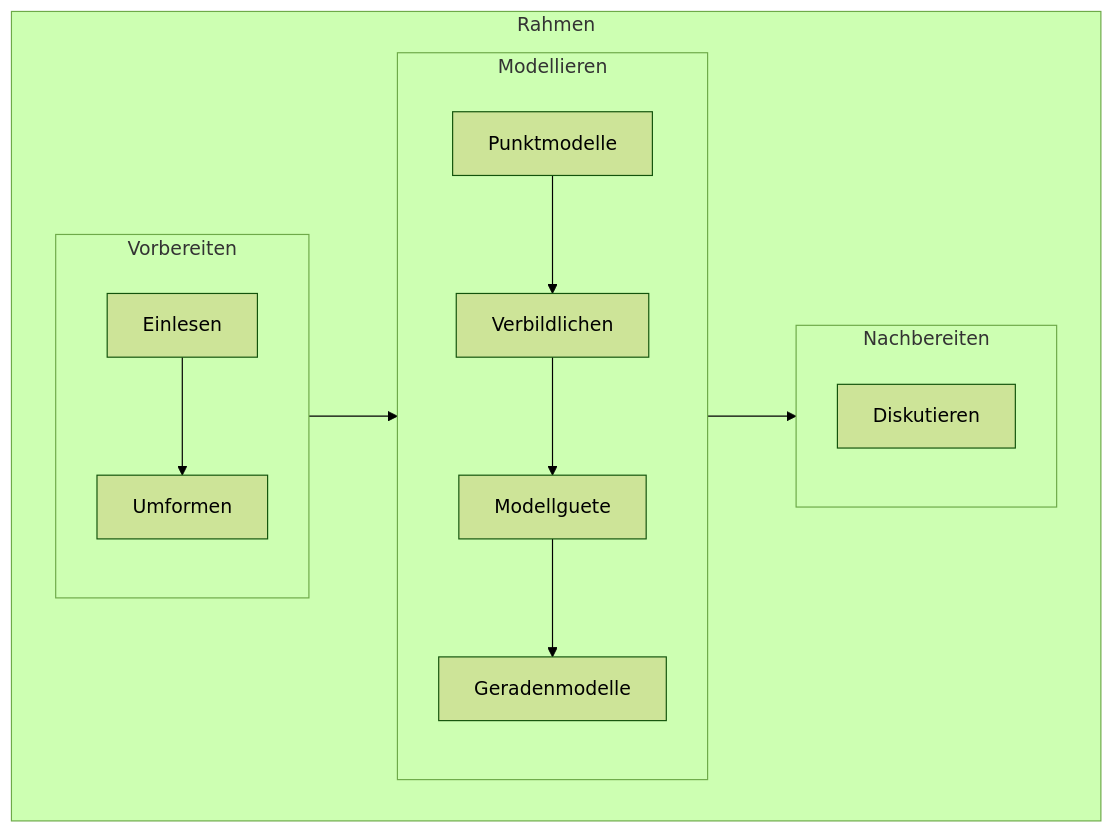
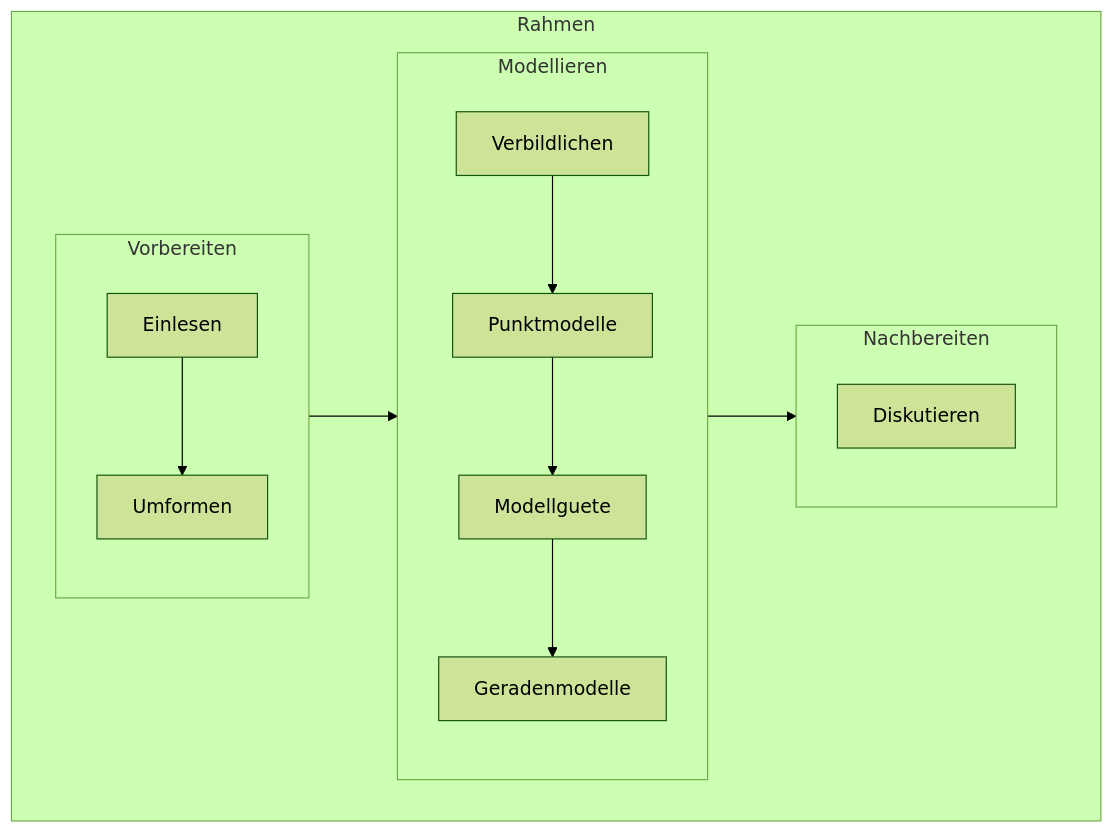
The diagram in index.qmd (sebastiansauer/statistik1), drawn with Mermaid (forest theme) before and after one commit. The commit also changed 285 other files, not shown here.

````diff
--- a/index.qmd
+++ b/index.qmd
@@ -138,29 +138,29 @@
 ```{mermaid}
 %%| fig-cap: Überblick über den Inhalt und Verlauf des Buches
 %%| label: fig-ueberblick
 %%| out-width: "100%"
 
 
 flowchart LR
   subgraph R[Rahmen]
     direction LR
     subgraph V[Vorbereiten]
       direction TB
       E[Einlesen] --> Um[Umformen]
     end
     subgraph M[Modellieren]
       direction TB
-      M1[Punktmodelle] --> Vis[Verbildlichen]
+      M1[Verbildlichen] --> Vis[Punktmodelle]
       Vis --> U[Modellguete]
       U --> G[Geradenmodelle]
     end
     subgraph N[Nachbereiten]
       direction TB
       D[Diskutieren]
     end
   V --> M
   M --> N
   end
 
 
 ```
````
